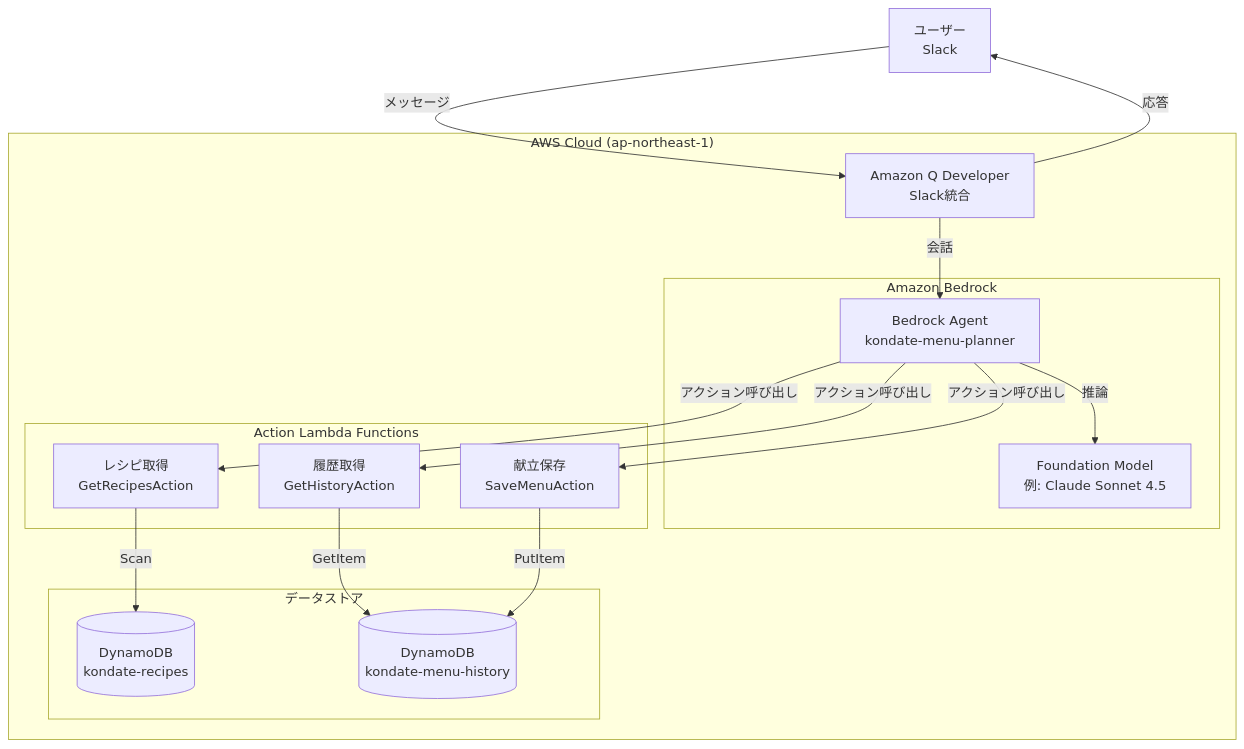
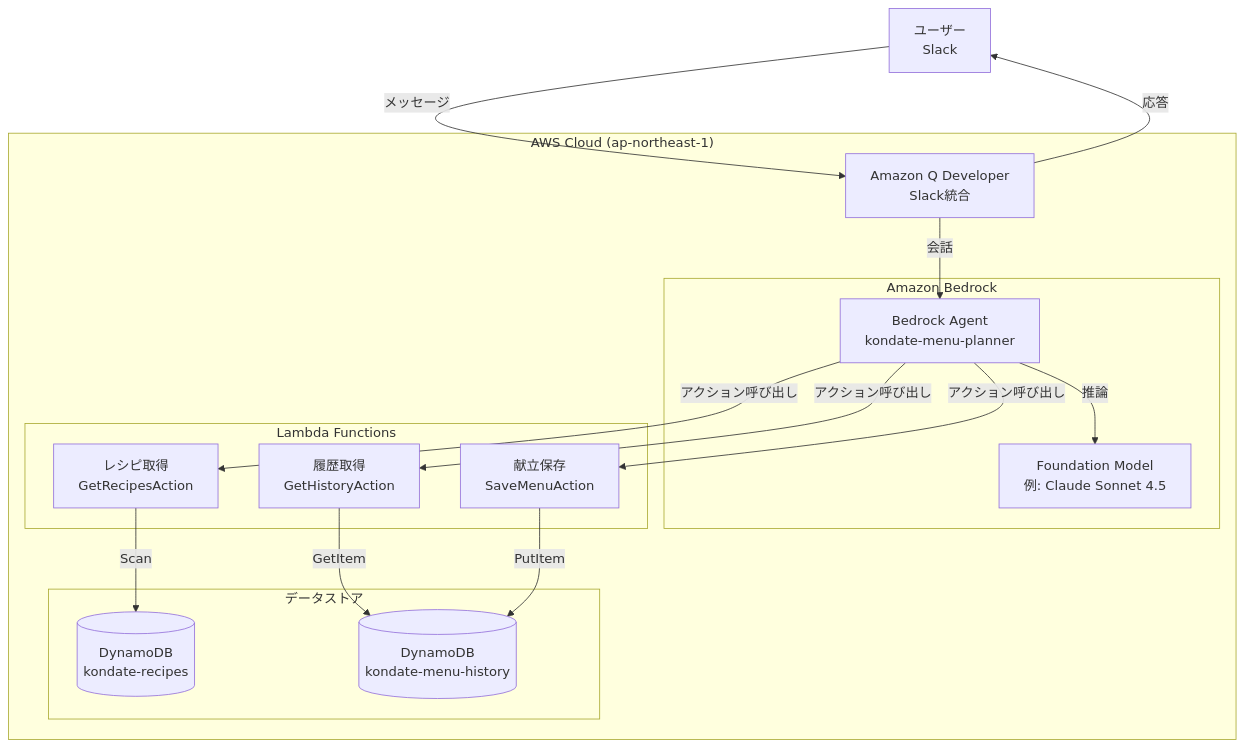
The first of 2 diagrams in README.md (takuya29/kondate-planner), drawn with Mermaid before and after one commit. The commit also changed 1 other file, not shown here.

Commit message:
improve README.md and AGENTS.md

````diff
--- a/README.md
+++ b/README.md
@@ -16,38 +16,38 @@
 ```mermaid
 graph TB
     User[ユーザー<br/>Slack]
 
     subgraph AWS["AWS Cloud (ap-northeast-1)"]
         Chatbot[Amazon Q Developer<br/>Slack統合]
 
         subgraph Bedrock["Amazon Bedrock"]
             Agent[Bedrock Agent<br/>kondate-menu-planner]
             Model[Foundation Model<br/>例: Claude Sonnet 4.5]
         end
 
-        subgraph Lambda["Action Lambda Functions"]
+        subgraph Lambda["Lambda Functions"]
             GetRecipes[レシピ取得<br/>GetRecipesAction]
             GetHistory[履歴取得<br/>GetHistoryAction]
             SaveMenu[献立保存<br/>SaveMenuAction]
         end
 
         subgraph Storage["データストア"]
             RecipesDB[(DynamoDB<br/>kondate-recipes)]
             HistoryDB[(DynamoDB<br/>kondate-menu-history)]
         end
     end
 
     User -->|メッセージ| Chatbot
     Chatbot -->|会話| Agent
 
     Agent -->|推論| Model
     Agent -->|アクション呼び出し| GetRecipes
     Agent -->|アクション呼び出し| GetHistory
     Agent -->|アクション呼び出し| SaveMenu
 
     GetRecipes -->|Scan| RecipesDB
     GetHistory -->|GetItem| HistoryDB
     SaveMenu -->|PutItem| HistoryDB
 
     Chatbot -->|応答| User
 ```
````
